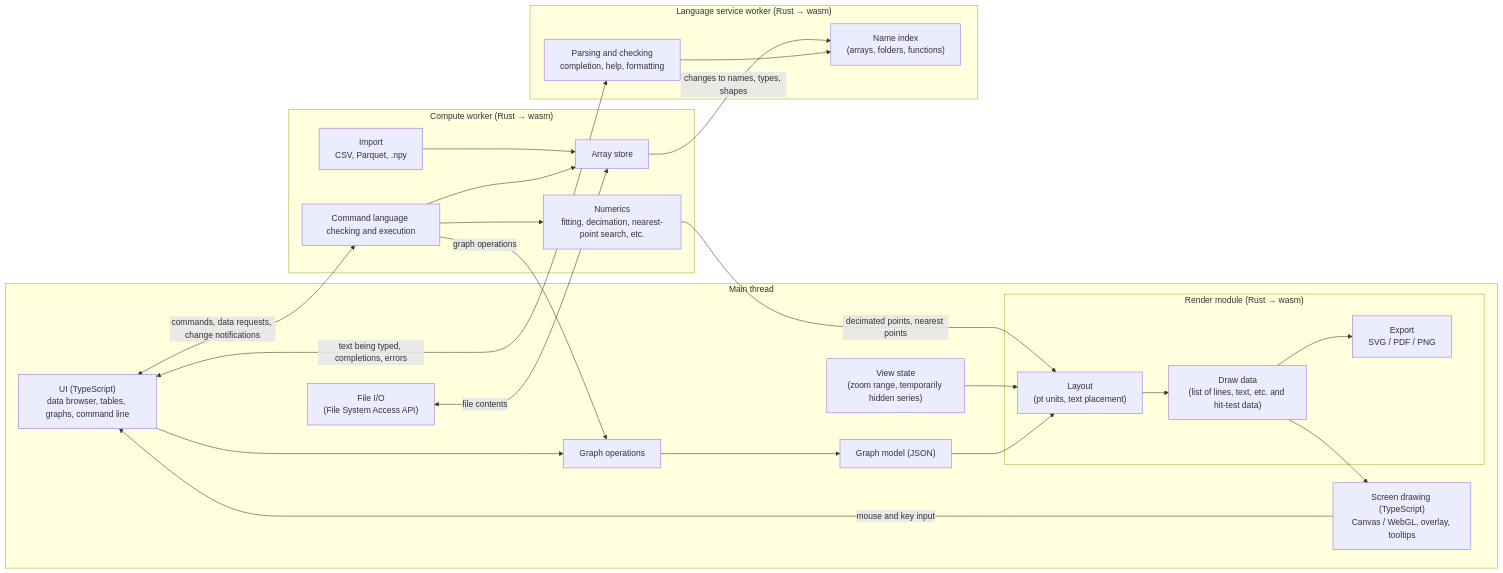
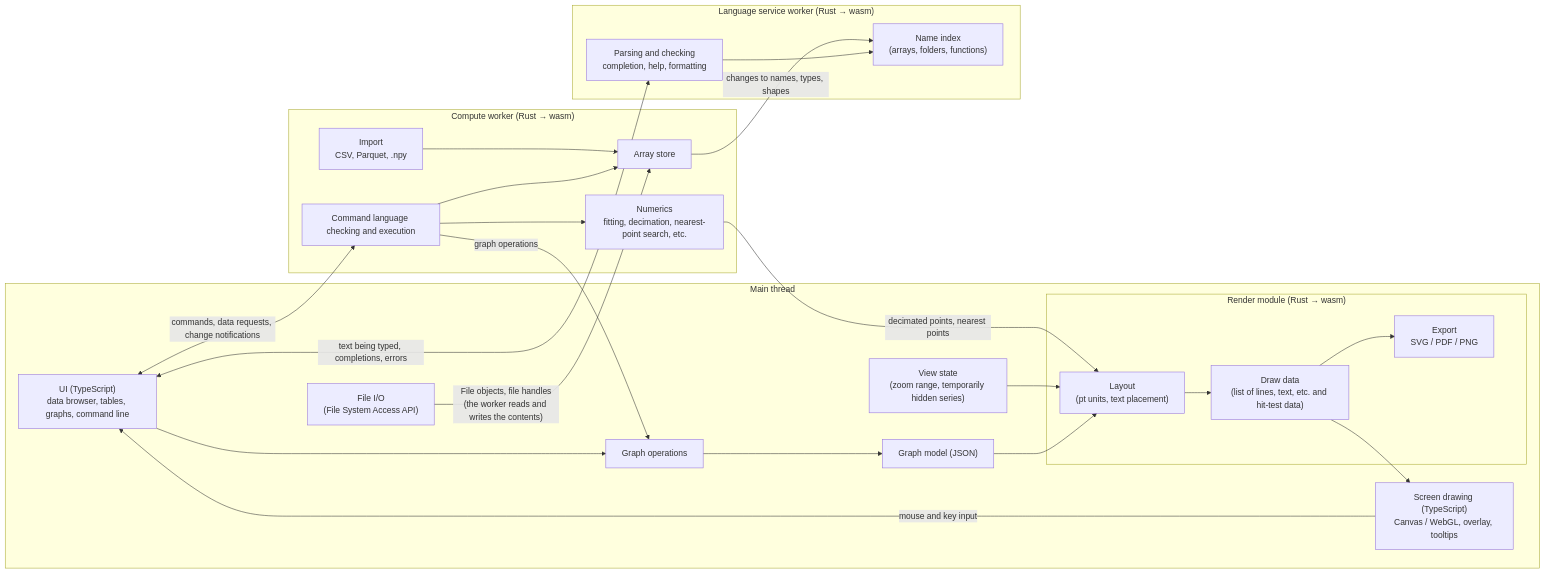
The diagram in docs/spec.md (maisal/figlab), drawn with Mermaid before and after one commit. The commit also changed other lines of this file and 17 other files, not shown here.

````diff
--- a/docs/spec.md
+++ b/docs/spec.md
@@ -73,42 +73,42 @@
 ```mermaid
 flowchart LR
   subgraph Main["Main thread"]
     UI["UI (TypeScript)<br/>data browser, tables, graphs, command line"]
     Ops["Graph operations"]
     Model["Graph model (JSON)"]
     View["View state<br/>(zoom range, temporarily hidden series)"]
     subgraph Render["Render module (Rust → wasm)"]
       Layout["Layout<br/>(pt units, text placement)"]
       Scene["Draw data<br/>(list of lines, text, etc. and hit-test data)"]
       Export["Export<br/>SVG / PDF / PNG"]
     end
     Screen["Screen drawing (TypeScript)<br/>Canvas / WebGL, overlay, tooltips"]
     FileIO["File I/O<br/>(File System Access API)"]
     UI --> Ops --> Model --> Layout
     View --> Layout
     Layout --> Scene
     Scene --> Screen
     Scene --> Export
     Screen -- "mouse and key input" --> UI
   end
   subgraph Worker["Compute worker (Rust → wasm)"]
     Interp["Command language checking and execution"]
     Store["Array store"]
     Num["Numerics<br/>fitting, decimation, nearest-point search, etc."]
     Parse["Import<br/>CSV, Parquet, .npy"]
     Interp --> Store
     Interp --> Num
     Parse --> Store
   end
   subgraph LS["Language service worker (Rust → wasm)"]
     Lang["Parsing and checking<br/>completion, help, formatting"]
     Index["Name index<br/>(arrays, folders, functions)"]
     Lang --> Index
   end
   UI <-- "commands, data requests, change notifications" --> Interp
   Interp -- "graph operations" --> Ops
   Num -- "decimated points, nearest points" --> Layout
-  FileIO <-- "file contents" --> Store
+  FileIO -- "File objects, file handles<br/>(the worker reads and writes the contents)" --> Store
   UI <-- "text being typed, completions, errors" --> Lang
   Store -- "changes to names, types, shapes" --> Index
 ```
````
